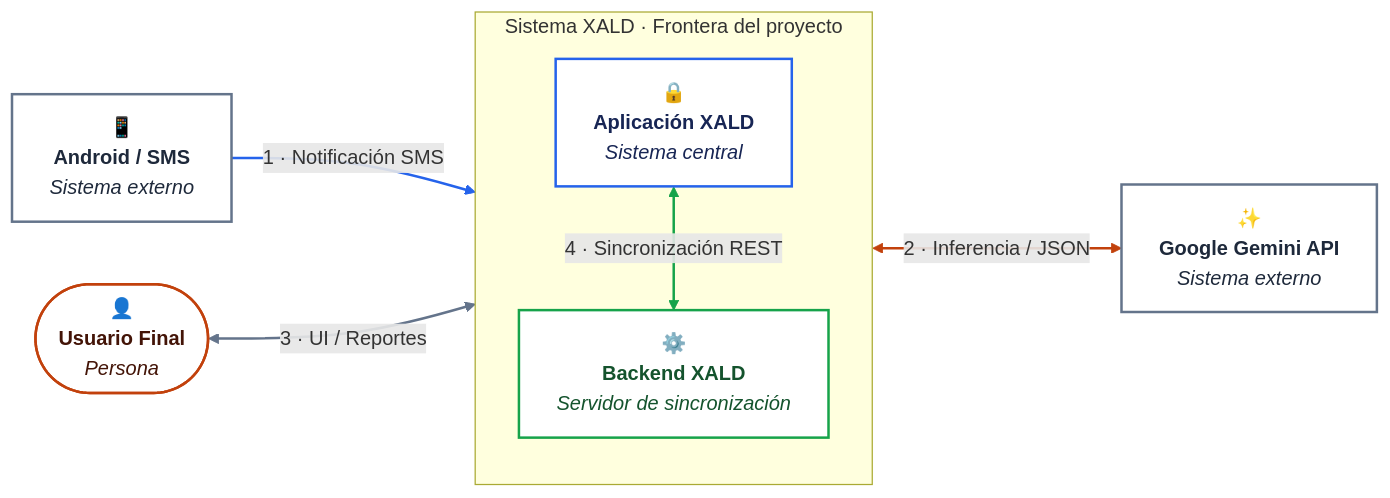
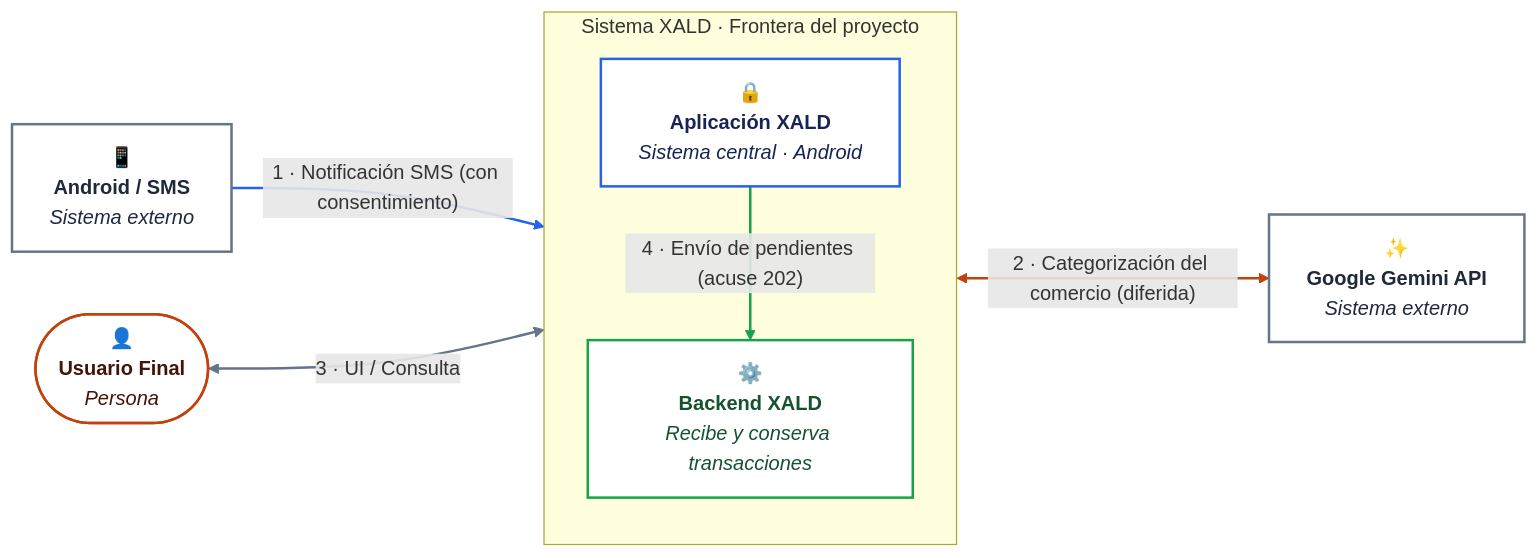
One commit to ISCOUTB/AS_202620_XALD changed the diagram in docs/c4/c1.md. Above: the diagram before and after it, drawn with Mermaid. The commit also changed other lines of this file, not shown here.

Commit message:
Update context diagram and interaction descriptions

````diff
--- a/docs/c4/c1.md
+++ b/docs/c4/c1.md
@@ -5,27 +10,27 @@
 ```mermaid
 flowchart LR
     User(["👤<br/><b>Usuario Final</b><br/><i>Persona</i>"])
     Android["📱<br/><b>Android / SMS</b><br/><i>Sistema externo</i>"]
     subgraph sistema["Sistema XALD · Frontera del proyecto"]
         direction TB
-        XALD["🔒<br/><b>Aplicación XALD</b><br/><i>Sistema central</i>"]
-        Backend["⚙️<br/><b>Backend XALD</b><br/><i>Servidor de sincronización</i>"]
-        XALD <-->|"4 · Sincronización REST"| Backend
+        XALD["🔒<br/><b>Aplicación XALD</b><br/><i>Sistema central · Android</i>"]
+        Backend["⚙️<br/><b>Backend XALD</b><br/><i>Recibe y conserva transacciones</i>"]
+        XALD -->|"4 · Envío de pendientes (acuse 202)"| Backend
     end
     Gemini["✨<br/><b>Google Gemini API</b><br/><i>Sistema externo</i>"]
-    Android -->|"1 · Notificación SMS"| XALD
-    XALD <-->|"2 · Inferencia / JSON"| Gemini
-    User <-->|"3 · UI / Reportes"| XALD
+    Android -->|"1 · Notificación SMS (con consentimiento)"| XALD
+    XALD <-->|"2 · Categorización del comercio (diferida)"| Gemini
+    User <-->|"3 · UI / Consulta"| XALD
     classDef person fill:#ffffff,stroke:#c2410c,stroke-width:2px,color:#431407
     classDef central fill:#ffffff,stroke:#2563eb,stroke-width:2px,color:#172554
     classDef backend fill:#ffffff,stroke:#16a34a,stroke-width:2px,color:#14532d
     classDef external fill:#ffffff,stroke:#64748b,stroke-width:2px,color:#1e293b
     class User person
     class XALD central
     class Backend backend
     class Android,Gemini external
     linkStyle 0 stroke:#16a34a,stroke-width:2px
     linkStyle 1 stroke:#2563eb,stroke-width:2px
     linkStyle 2 stroke:#c2410c,stroke-width:2px
     linkStyle 3 stroke:#64748b,stroke-width:2px
 ```
````
